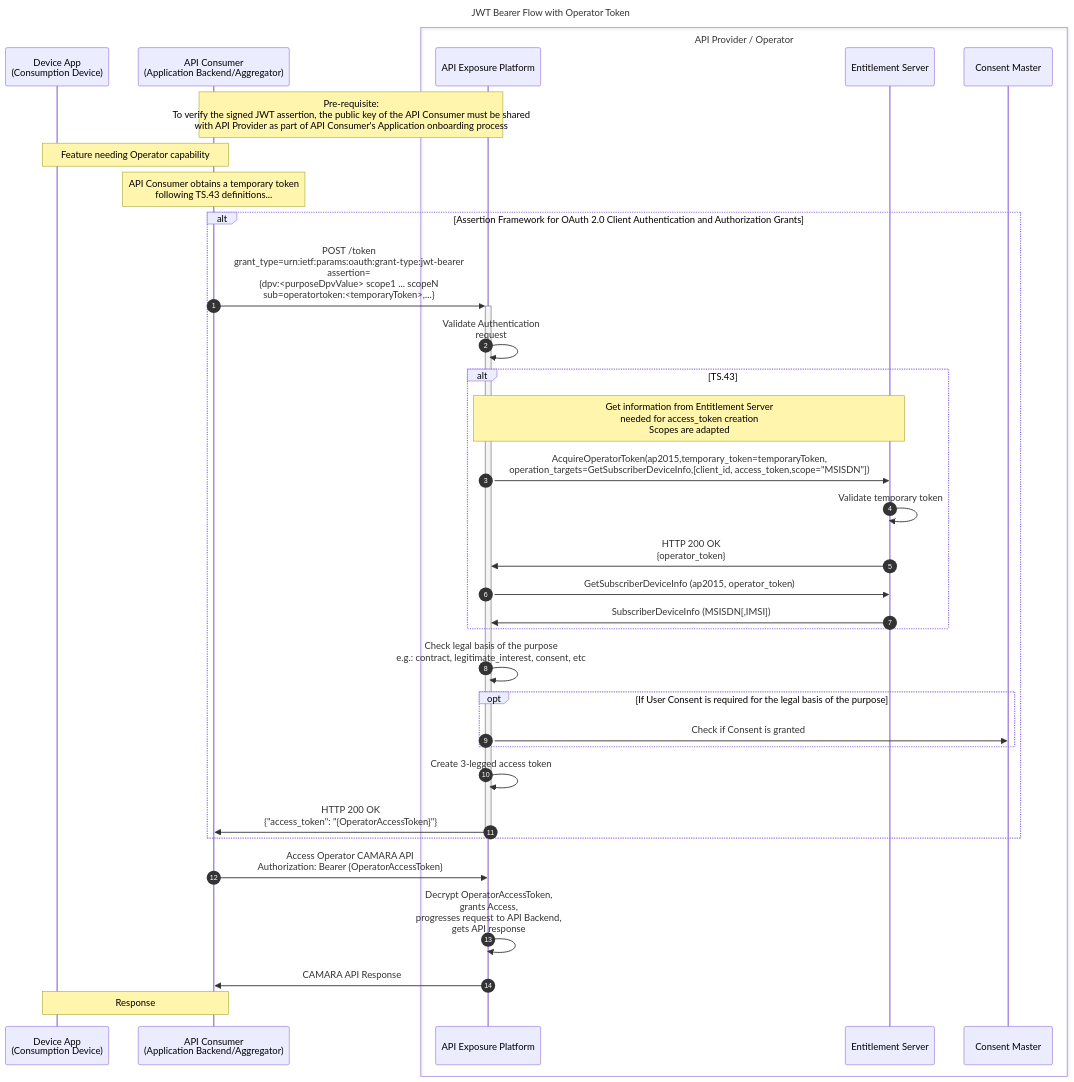
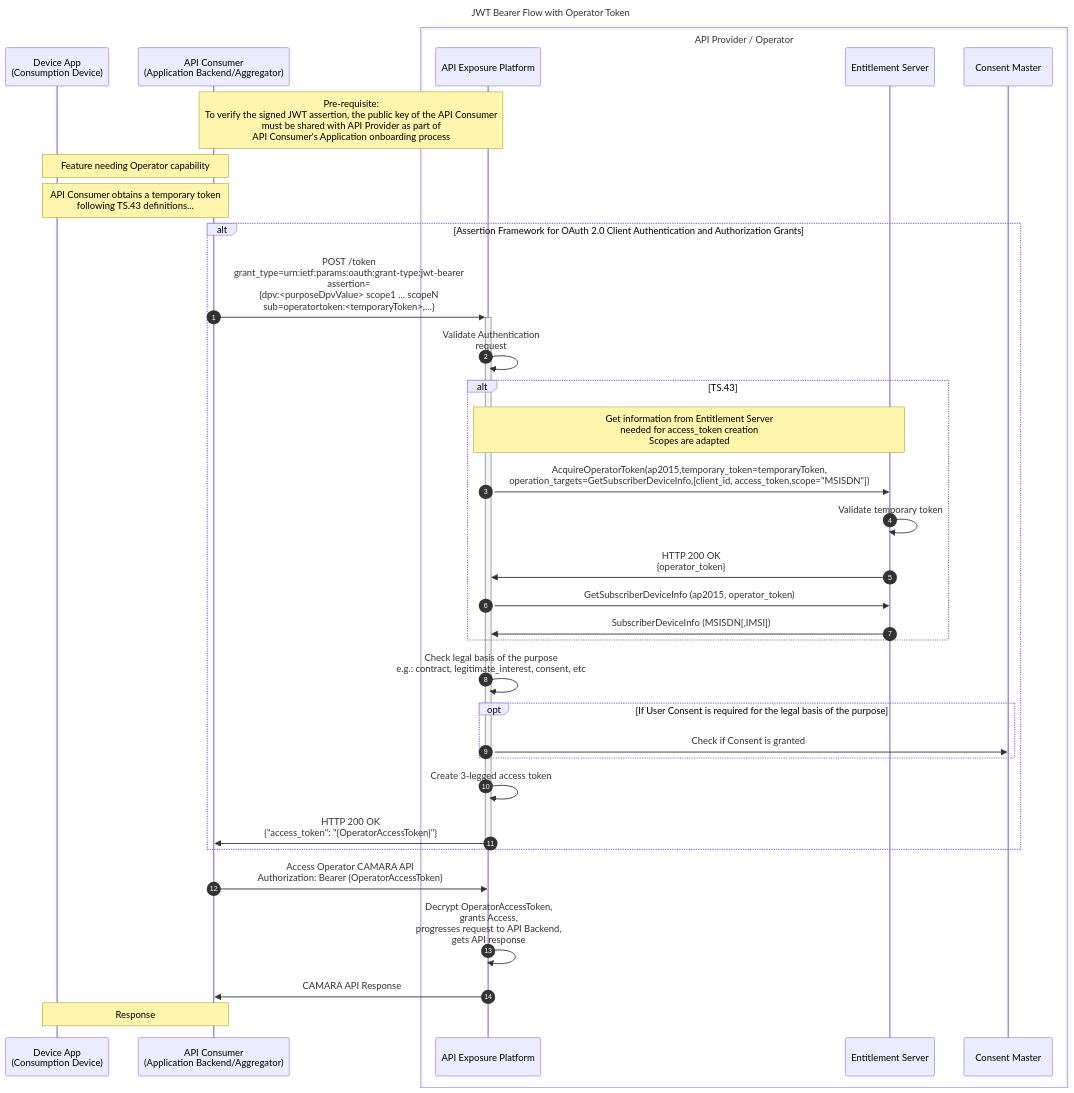
The fifth of 5 diagrams in documentation/CAMARA-API-access-and-user-consent.md (camaraproject/IdentityAndConsentManagement), drawn with Mermaid before and after one commit. The commit also changed other lines of this file, not shown here.

Commit message:
Address Diego's comments

````diff
--- a/documentation/CAMARA-API-access-and-user-consent.md
+++ b/documentation/CAMARA-API-access-and-user-consent.md
@@ -454,37 +454,37 @@
 ```mermaid
 sequenceDiagram
 autonumber
 title JWT Bearer Flow with Operator Token
 participant FE as Device App<br>(Consumption Device)
 participant BE as API Consumer<br>(Application Backend/Aggregator)
 box API Provider / Operator
   participant ExpO as API Exposure Platform
   participant ES as Entitlement Server  
   participant Consent as Consent Master
 end
-Note over BE,ExpO: Pre-requisite:<br> To verify the signed JWT assertion, the public key of the API Consumer must be shared<br> with API Provider as part of API Consumer's Application onboarding process
+Note over BE,ExpO: Pre-requisite:<br> To verify the signed JWT assertion, the public key of the API Consumer<br>must be shared with API Provider as part of<br>API Consumer's Application onboarding process
 Note over FE,BE: Feature needing Operator capability  
-Note over BE: API Consumer obtains a temporary token<br>following TS.43 definitions...
+Note over FE,BE: API Consumer obtains a temporary token<br>following TS.43 definitions...
 alt Assertion Framework for OAuth 2.0 Client Authentication and Authorization Grants
     BE->>+ExpO: POST /token<br>grant_type=urn:ietf:params:oauth:grant-type:jwt-bearer<br>assertion=<br>{dpv:<purposeDpvValue> scope1 ... scopeN<br>sub=operatortoken:<temporaryToken>,...}
     ExpO->>ExpO: Validate Authentication<br>request
     alt TS.43
       Note over ExpO,ES: Get information from Entitlement Server<br> needed for access_token creation<br>Scopes are adapted
       ExpO->>ES: AcquireOperatorToken(ap2015,temporary_token=temporaryToken,<br>operation_targets=GetSubscriberDeviceInfo,[client_id, access_token,scope="MSISDN"]) 
       ES->>ES: Validate temporary token
       ES->>ExpO: HTTP 200 OK <br>{operator_token}
       ExpO->>ES: GetSubscriberDeviceInfo (ap2015, operator_token) 
       ES->>ExpO: SubscriberDeviceInfo (MSISDN[,IMSI])
     end
     ExpO->>ExpO: Check legal basis of the purpose<br> e.g.: contract, legitimate_interest, consent, etc
     opt If User Consent is required for the legal basis of the purpose  
         ExpO->>Consent: Check if Consent is granted
     end
     ExpO->>ExpO: Create 3-legged access token
     ExpO->>-BE: HTTP 200 OK<br>{"access_token": "{OperatorAccessToken}"}
 end
 BE->>ExpO: Access Operator CAMARA API<br>Authorization: Bearer {OperatorAccessToken}    
 ExpO->>ExpO: Decrypt OperatorAccessToken,<br>grants Access,<br>progresses request to API Backend,<br>gets API response  
 ExpO->>BE: CAMARA API Response
 Note over BE,FE: Response
 ```
````
